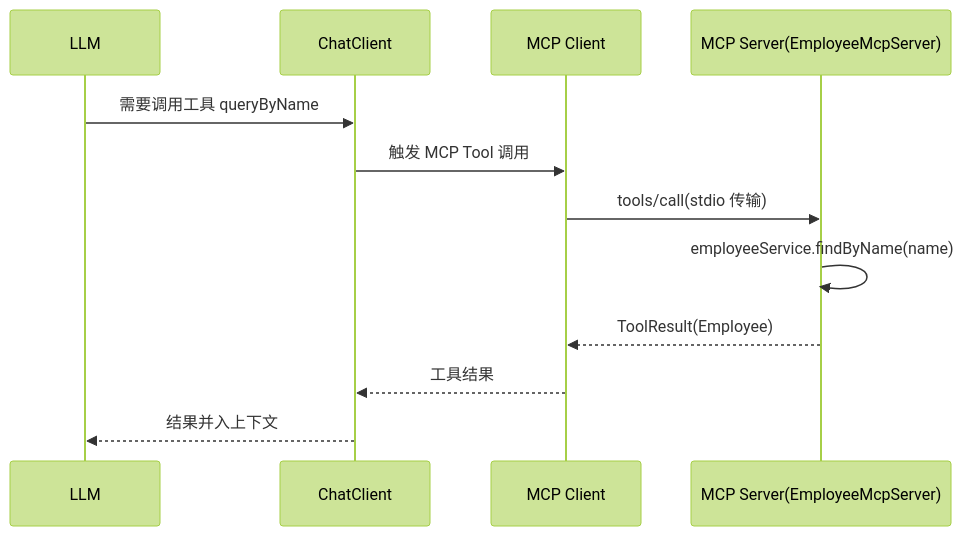
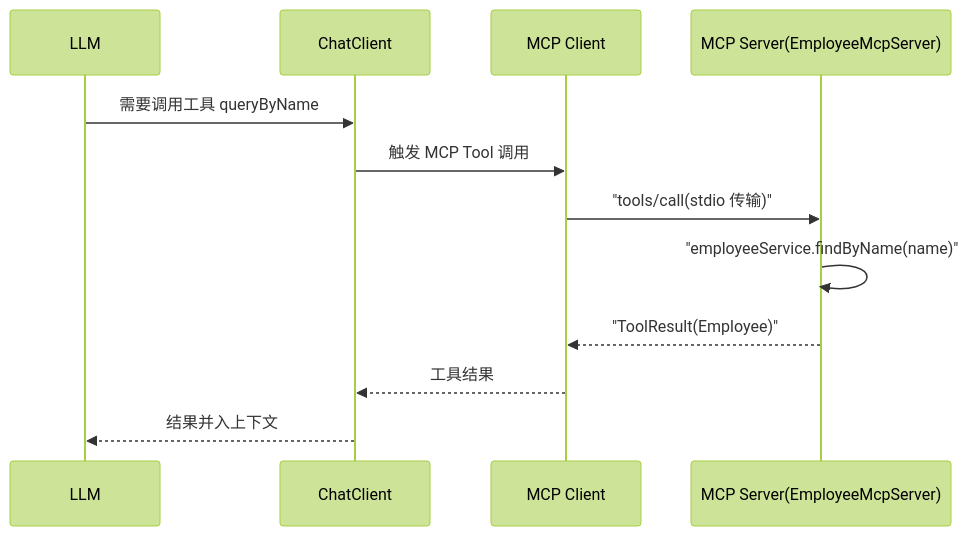
One commit to UranusGit/java-agent-learn changed the third of 5 diagrams in docs/reference/生产化与运营/14-MCP协议与生态.md. Above: the diagram before and after it, drawn with Mermaid (forest theme). The commit also changed 137 other files, not shown here.

First line of the commit message:
docs全库mermaid图质量深化：改写残留字符画、补缺图、修坏图

````diff
--- a/docs/reference/生产化与运营/14-MCP协议与生态.md
+++ b/docs/reference/生产化与运营/14-MCP协议与生态.md
@@ -180,14 +180,14 @@
 ```mermaid
 sequenceDiagram
     participant LLM as LLM
     participant CC as ChatClient
     participant MC as MCP Client
     participant SVR as MCP Server(EmployeeMcpServer)
     LLM->>CC: 需要调用工具 queryByName
     CC->>MC: 触发 MCP Tool 调用
-    MC->>SVR: tools/call(stdio 传输)
-    SVR->>SVR: employeeService.findByName(name)
-    SVR-->>MC: ToolResult(Employee)
+    MC->>SVR: "tools/call(stdio 传输)"
+    SVR->>SVR: "employeeService.findByName(name)"
+    SVR-->>MC: "ToolResult(Employee)"
     MC-->>CC: 工具结果
     CC-->>LLM: 结果并入上下文
 ```
````
